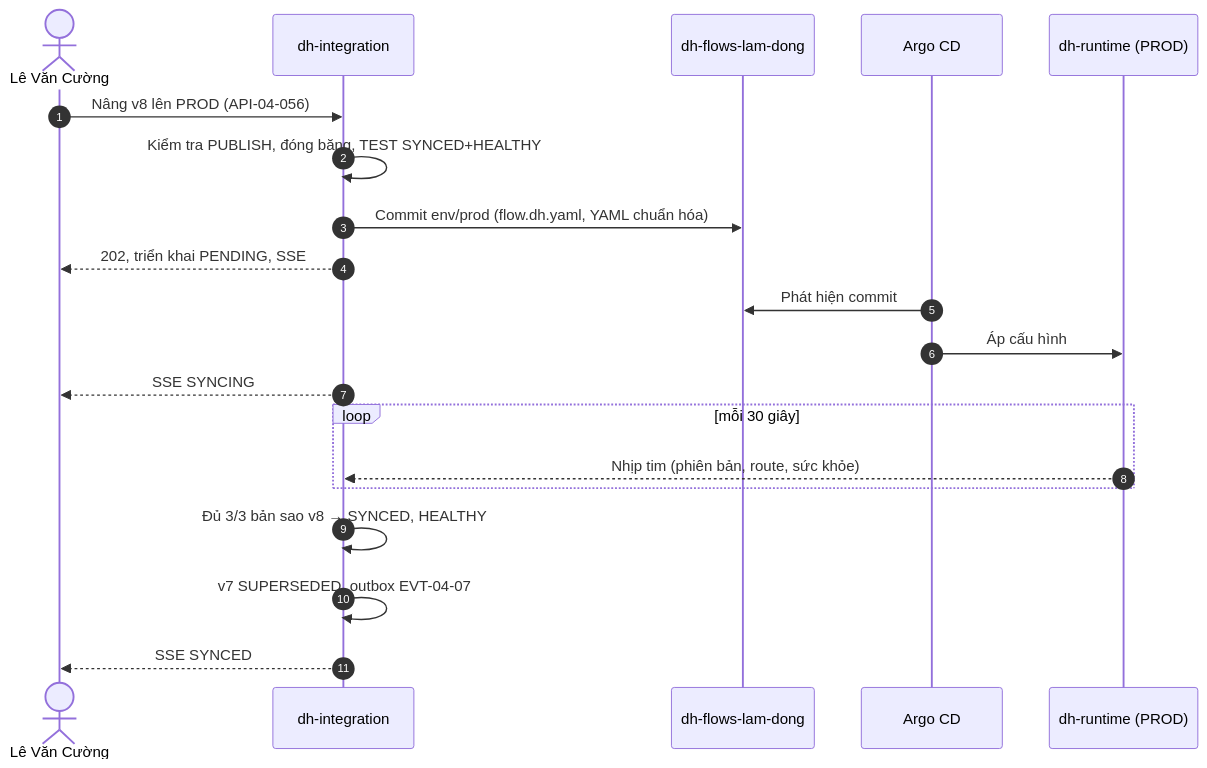
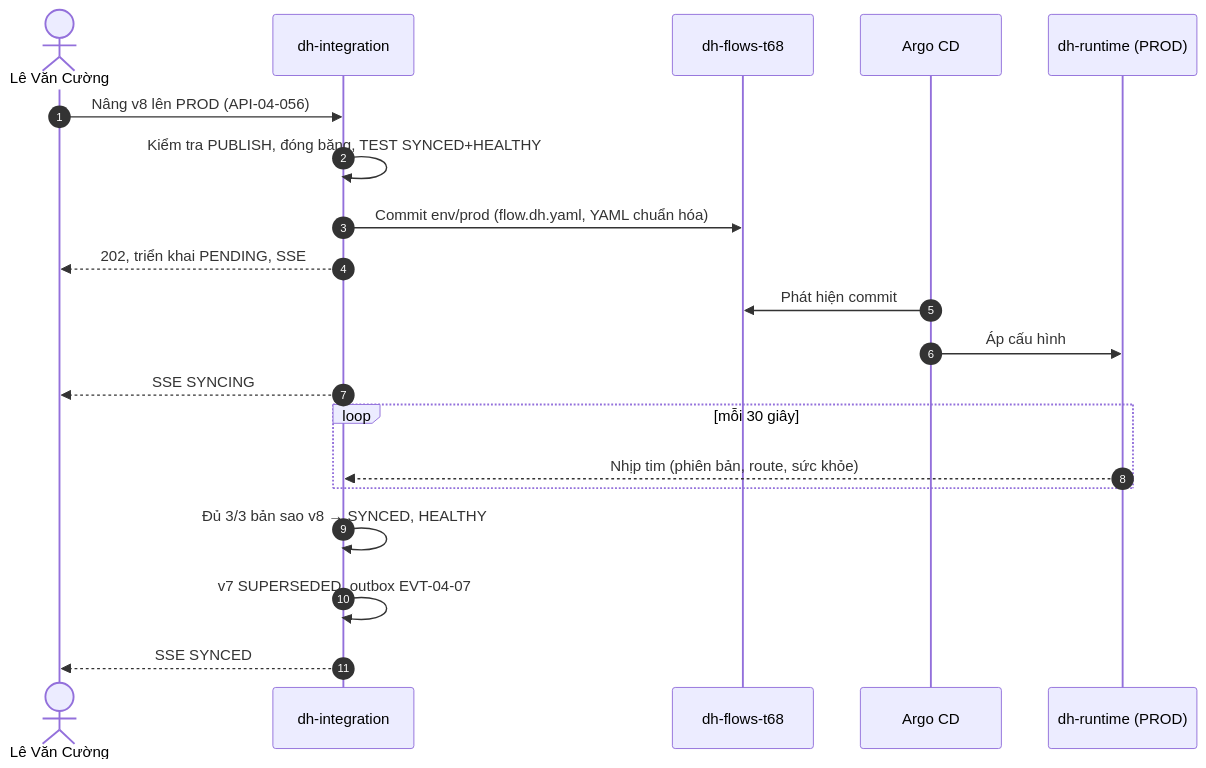
Before and after one commit to caprocute/DATAHUB: the fifth of 7 diagrams in datahub-docs/02-yeu-cau/use-case/D02-04-PH04-use-case-tich-hop.md, drawn with Mermaid. The commit also changed other lines of this file and 2 other files, not shown here.

````diff
--- a/datahub-docs/02-yeu-cau/use-case/D02-04-PH04-use-case-tich-hop.md
+++ b/datahub-docs/02-yeu-cau/use-case/D02-04-PH04-use-case-tich-hop.md
@@ -795,22 +795,22 @@
 ```mermaid
 sequenceDiagram
     autonumber
     actor IA as Lê Văn Cường
     participant INT as dh-integration
-    participant GIT as dh-flows-lam-dong
+    participant GIT as dh-flows-t68
     participant ARGO as Argo CD
     participant RT as dh-runtime (PROD)
     IA->>INT: Nâng v8 lên PROD (API-04-056)
     INT->>INT: Kiểm tra PUBLISH, đóng băng, TEST SYNCED+HEALTHY
     INT->>GIT: Commit env/prod (flow.dh.yaml, YAML chuẩn hóa)
     INT-->>IA: 202, triển khai PENDING, SSE
     ARGO->>GIT: Phát hiện commit
     ARGO->>RT: Áp cấu hình
     INT-->>IA: SSE SYNCING
     loop mỗi 30 giây
         RT-->>INT: Nhịp tim (phiên bản, route, sức khỏe)
     end
     INT->>INT: Đủ 3/3 bản sao v8 → SYNCED, HEALTHY
     INT->>INT: v7 SUPERSEDED, outbox EVT-04-07
     INT-->>IA: SSE SYNCED
 ```
````
